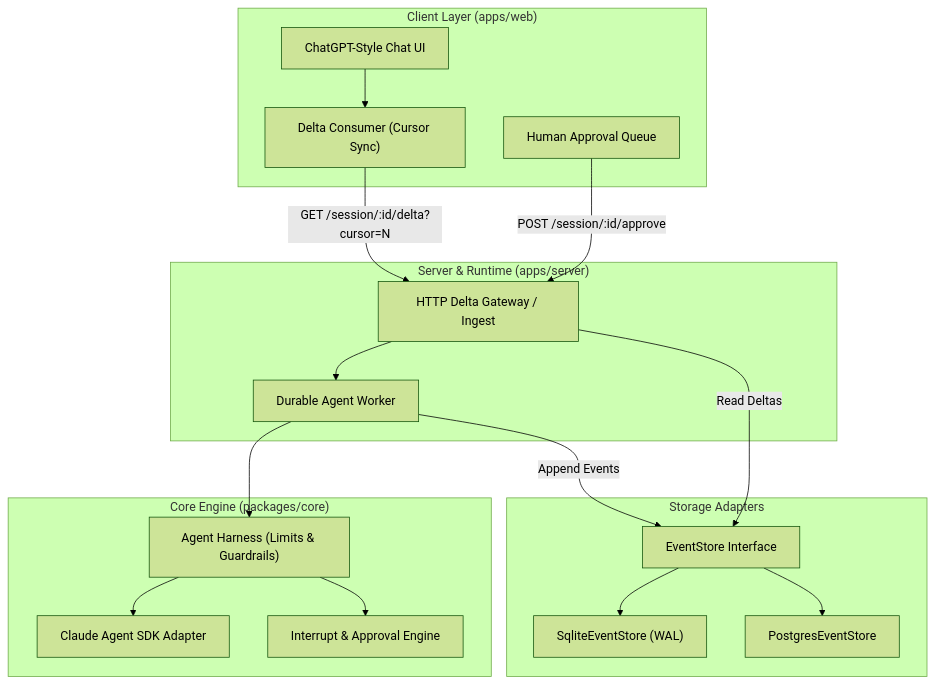
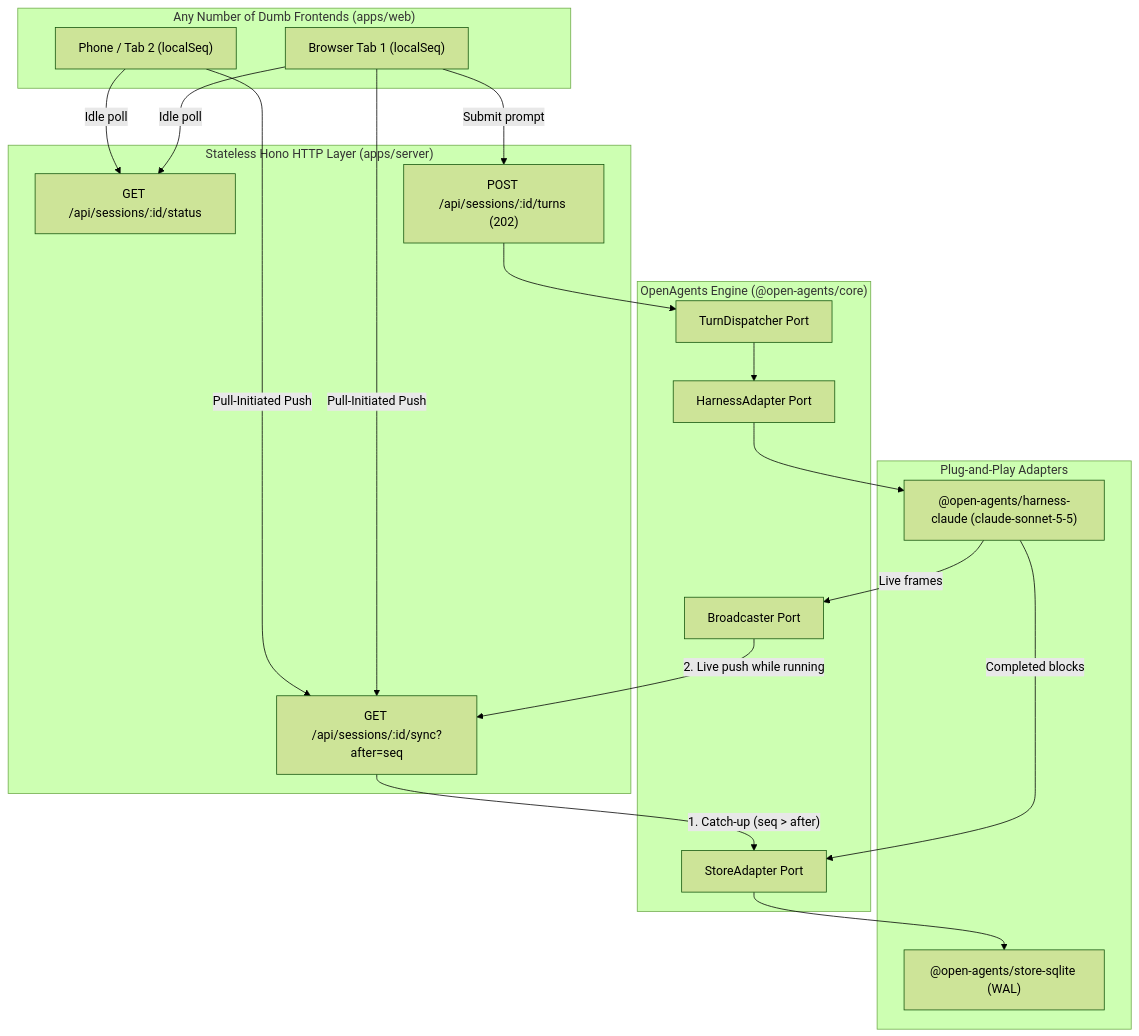
The diagram in ARCHITECTURE.md (agentic-girl/open-agents), drawn with Mermaid (forest theme) before and after one commit. The commit also changed other lines of this file and 51 other files, not shown here.

Commit message:
feat: rebuild OpenAgents with hexagonal adapter packages, Claude Agent SDK harness, Hono pull-initiated push API, and broadcast web UI

````diff
--- a/ARCHITECTURE.md
+++ b/ARCHITECTURE.md
@@ -33,39 +42,40 @@
 ```mermaid
 flowchart TD
-    subgraph UI ["Client Layer (apps/web)"]
-        ChatUI["ChatGPT-Style Chat UI"]
-        DeltaPoller["Delta Consumer (Cursor Sync)"]
-        ApprovalInbox["Human Approval Queue"]
+    subgraph Clients ["Any Number of Dumb Frontends (apps/web)"]
+        Tab1["Browser Tab 1 (localSeq)"]
+        Tab2["Phone / Tab 2 (localSeq)"]
     end
 
-    subgraph Server ["Server & Runtime (apps/server)"]
-        Gateway["HTTP Delta Gateway / Ingest"]
-        Worker["Durable Agent Worker"]
+    subgraph API ["Stateless Hono HTTP Layer (apps/server)"]
+        StatusEP["GET /api/sessions/:id/status"]
+        TurnsEP["POST /api/sessions/:id/turns (202)"]
+        SyncEP["GET /api/sessions/:id/sync?after=seq"]
     end
 
-    subgraph Core ["Core Engine (packages/core)"]
-        Harness["Agent Harness (Limits & Guardrails)"]
-        SDKAdapter["Claude Agent SDK Adapter"]
-        Interceptors["Interrupt & Approval Engine"]
+    subgraph Core ["OpenAgents Engine (@open-agents/core)"]
+        Dispatcher["TurnDispatcher Port"]
+        Broadcaster["Broadcaster Port"]
+        StorePort["StoreAdapter Port"]
+        HarnessPort["HarnessAdapter Port"]
     end
 
-    subgraph Storage ["Storage Adapters"]
-        EventStore["EventStore Interface"]
-        SQLite["SqliteEventStore (WAL)"]
-        Postgres["PostgresEventStore"]
+    subgraph Adapters ["Plug-and-Play Adapters"]
+        Claude["@open-agents/harness-claude (claude-sonnet-5-5)"]
+        SQLite["@open-agents/store-sqlite (WAL)"]
     end
 
-    ChatUI --> DeltaPoller
-    DeltaPoller -->|"GET /session/:id/delta?cursor=N"| Gateway
-    ApprovalInbox -->|"POST /session/:id/approve"| Gateway
-    
-    Gateway --> Worker
-    Worker --> Harness
-    Harness --> SDKAdapter
-    Harness --> Interceptors
-    
-    Worker -->|"Append Events"| EventStore
-    Gateway -->|"Read Deltas"| EventStore
-    EventStore --> SQLite
-    EventStore --> Postgres
+    Tab1 -->|"Idle poll"| StatusEP
+    Tab2 -->|"Idle poll"| StatusEP
+    Tab1 -->|"Submit prompt"| TurnsEP
+    Tab1 -->|"Pull-Initiated Push"| SyncEP
+    Tab2 -->|"Pull-Initiated Push"| SyncEP
+
+    TurnsEP --> Dispatcher
+    Dispatcher --> HarnessPort
+    HarnessPort --> Claude
+    Claude -->|"Completed blocks"| StorePort
+    Claude -->|"Live frames"| Broadcaster
+    StorePort --> SQLite
+    SyncEP -->|"1. Catch-up (seq > after)"| StorePort
+    Broadcaster -->|"2. Live push while running"| SyncEP
 ```
````
